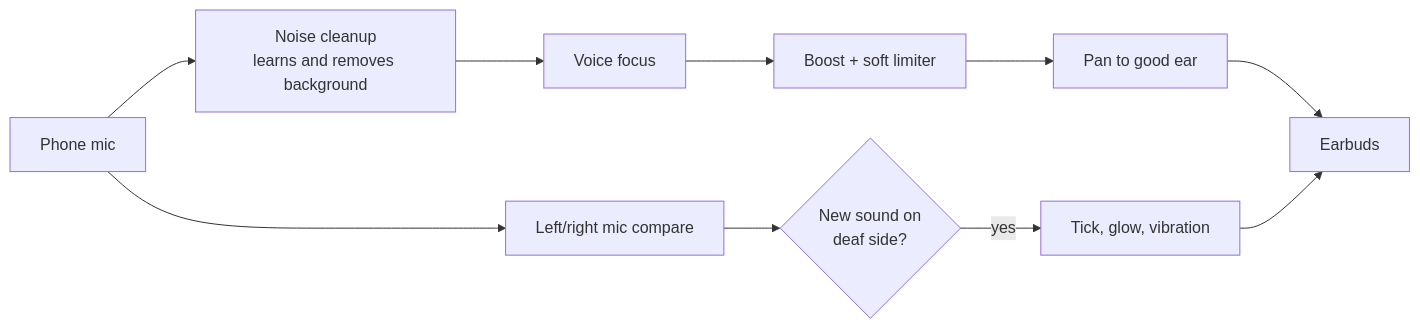
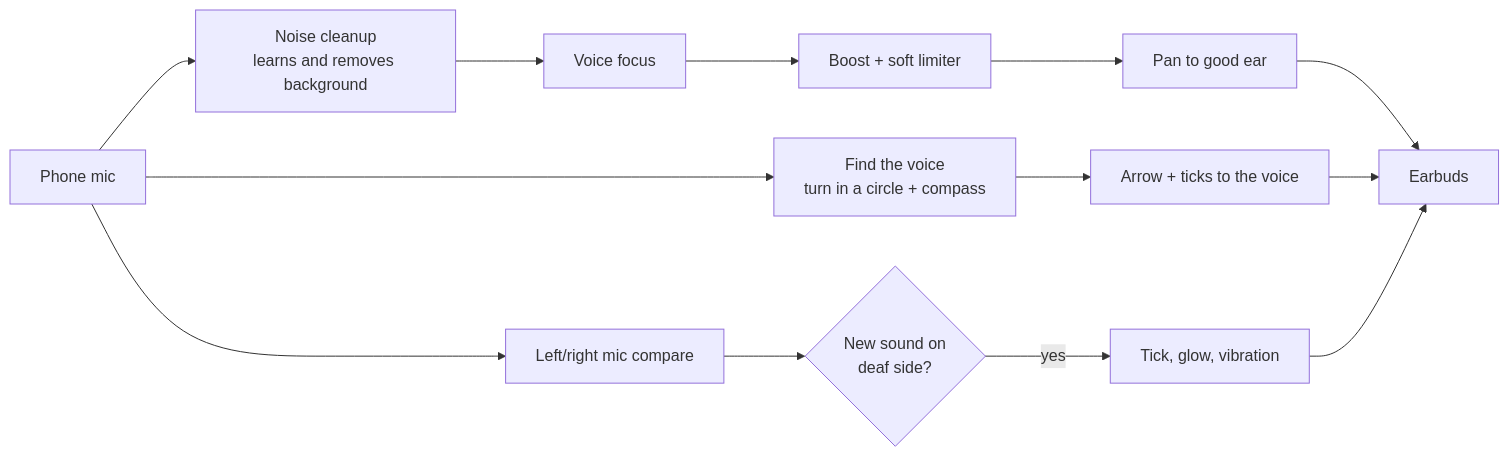
The diagram in README.md (abhishek6966/EarBridge), drawn with Mermaid before and after one commit. The commit also changed other lines of this file, not shown here.

Commit message:
Update README with new features and safety notes
Added experimental features and clarified functionality.

````diff
--- a/README.md
+++ b/README.md
@@ -38,12 +40,15 @@
 ```mermaid
 flowchart LR
   M[Phone mic] --> C[Noise cleanup<br/>learns and removes background]
   C --> V[Voice focus]
   V --> B[Boost + soft limiter]
   B --> P[Pan to good ear]
   P --> E[Earbuds]
+  M --> F[Find the voice<br/>turn in a circle + compass]
+  F --> A2[Arrow + ticks to the voice]
+  A2 --> E
   M --> D[Left/right mic compare]
   D --> N{New sound on<br/>deaf side?}
   N -->|yes| A[Tick, glow, vibration]
   A --> E
 ```
````
